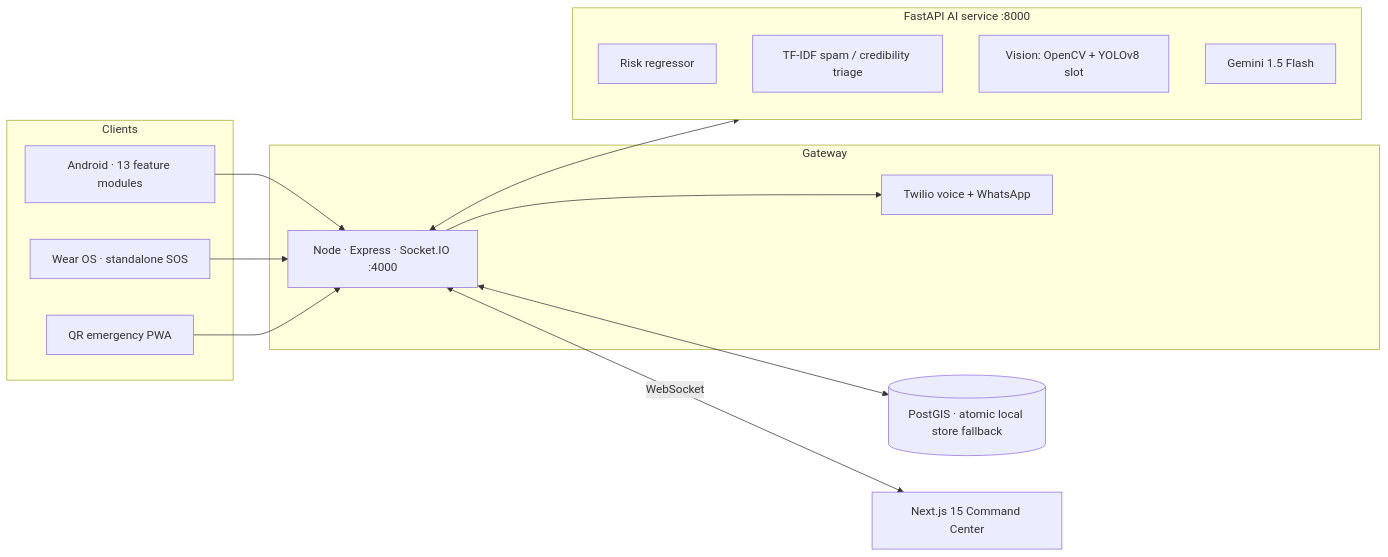
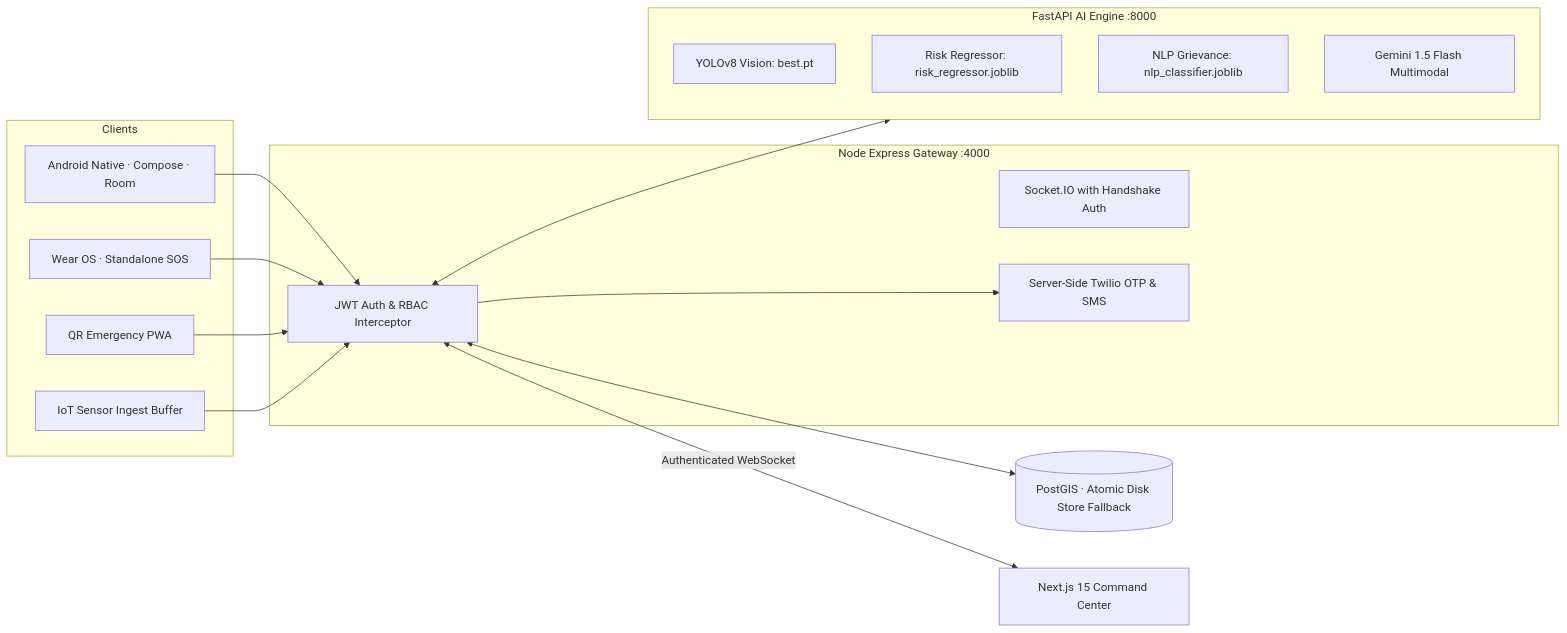
The diagram in README.md (yajatkataria08-a11y/NagarsetuV2.0), drawn with Mermaid before and after one commit. The commit also changed other lines of this file and 89 other files, not shown here.

Commit message:
feat(ai): train and ship YOLOv8 hazard weights, dual-city risk regressor, and NLP triage classifier; update README decor

````diff
--- a/README.md
+++ b/README.md
@@ -62,26 +71,28 @@
 ```mermaid
 flowchart LR
   subgraph Clients
-    A[Android · 13 feature modules]
-    B[Wear OS · standalone SOS]
-    C[QR emergency PWA]
+    A[Android Native · Compose · Room]
+    B[Wear OS · Standalone SOS]
+    C[QR Emergency PWA]
+    S[IoT Sensor Ingest Buffer]
   end
-  subgraph Gateway
-    G[Node · Express · Socket.IO :4000]
-    T[Twilio voice + WhatsApp]
+  subgraph Gateway [Node Express Gateway :4000]
+    G[JWT Auth & RBAC Interceptor]
+    SK[Socket.IO with Handshake Auth]
+    TW[Server-Side Twilio OTP & SMS]
   end
-  subgraph AI[FastAPI AI service :8000]
-    R[Risk regressor]
-    N[TF-IDF spam / credibility triage]
-    V[Vision: OpenCV + YOLOv8 slot]
-    L[Gemini 1.5 Flash]
+  subgraph AI [FastAPI AI Engine :8000]
+    Y[YOLOv8 Vision: best.pt]
+    R[Risk Regressor: risk_regressor.joblib]
+    N[NLP Grievance: nlp_classifier.joblib]
+    L[Gemini 1.5 Flash Multimodal]
   end
-  D[(PostGIS · atomic local store fallback)]
+  D[(PostGIS · Atomic Disk Store Fallback)]
   UI[Next.js 15 Command Center]
 
-  A & B & C --> G
+  A & B & C & S --> G
   G <--> AI
   G <--> D
-  G --> T
-  G <-->|WebSocket| UI
+  G --> TW
+  G <-->|Authenticated WebSocket| UI
 ```
````
